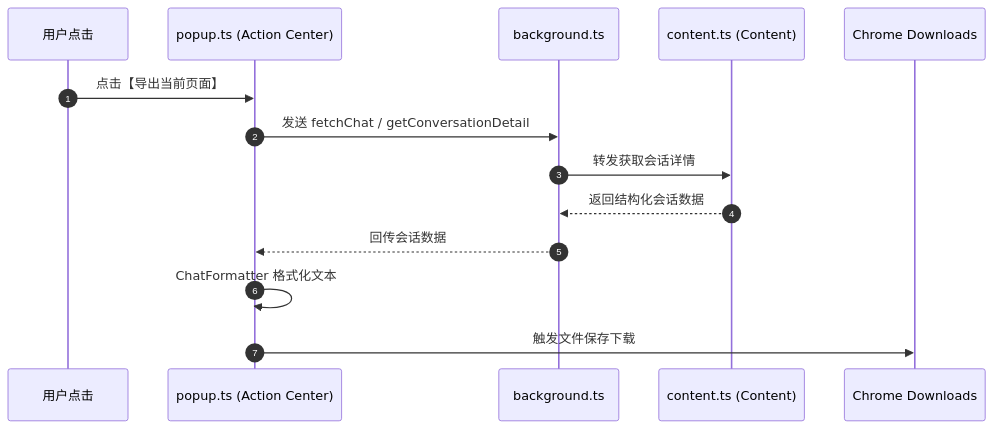
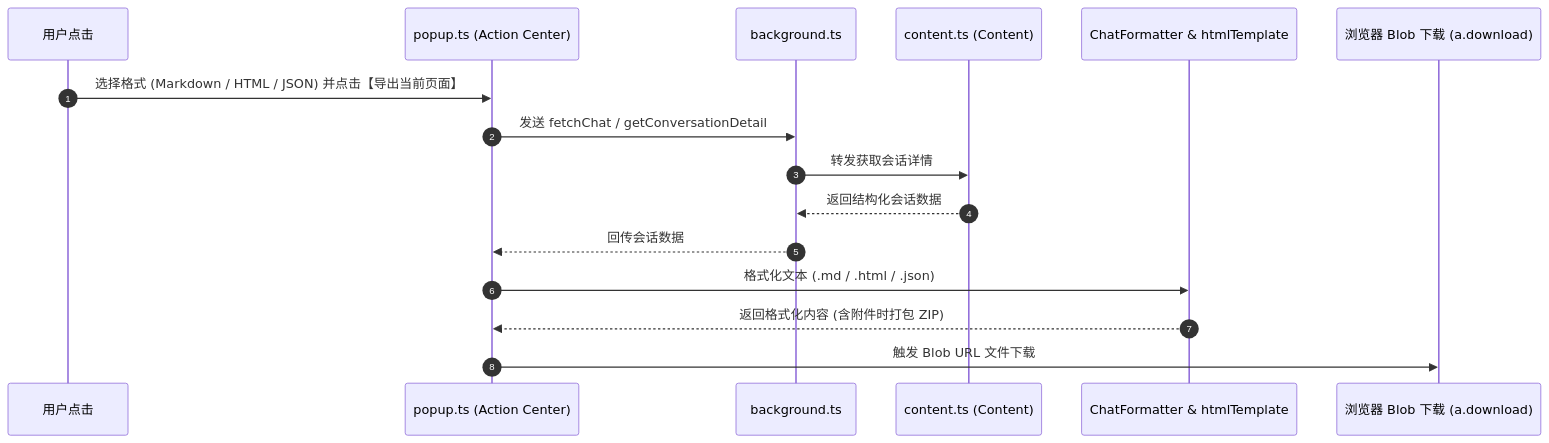
Before and after one commit to OTLFrostA/gemini-exporter: the sixth of 8 diagrams in docs/architecture.md, drawn with Mermaid. The commit also changed other lines of this file, not shown here.

Commit message:
docs(architecture): sync Mermaid architecture and sequence diagrams with 1:1 HTML export and current modules (#520)

````diff
--- a/docs/architecture.md
+++ b/docs/architecture.md
@@ -530,17 +530,19 @@
 ```mermaid
 sequenceDiagram
     autonumber
     participant User as 用户点击
     participant Popup as popup.ts (Action Center)
     participant BG as background.ts
     participant CS as content.ts (Content)
-    participant Down as Chrome Downloads
+    participant Format as ChatFormatter & htmlTemplate
+    participant Down as 浏览器 Blob 下载 (a.download)
 
-    User->>Popup: 点击【导出当前页面】
+    User->>Popup: 选择格式 (Markdown / HTML / JSON) 并点击【导出当前页面】
     Popup->>BG: 发送 fetchChat / getConversationDetail
     BG->>CS: 转发获取会话详情
     CS-->>BG: 返回结构化会话数据
     BG-->>Popup: 回传会话数据
-    Popup->>Popup: ChatFormatter 格式化文本
-    Popup->>Down: 触发文件保存下载
+    Popup->>Format: 格式化文本 (.md / .html / .json)
+    Format-->>Popup: 返回格式化内容 (含附件时打包 ZIP)
+    Popup->>Down: 触发 Blob URL 文件下载
 ```
````
